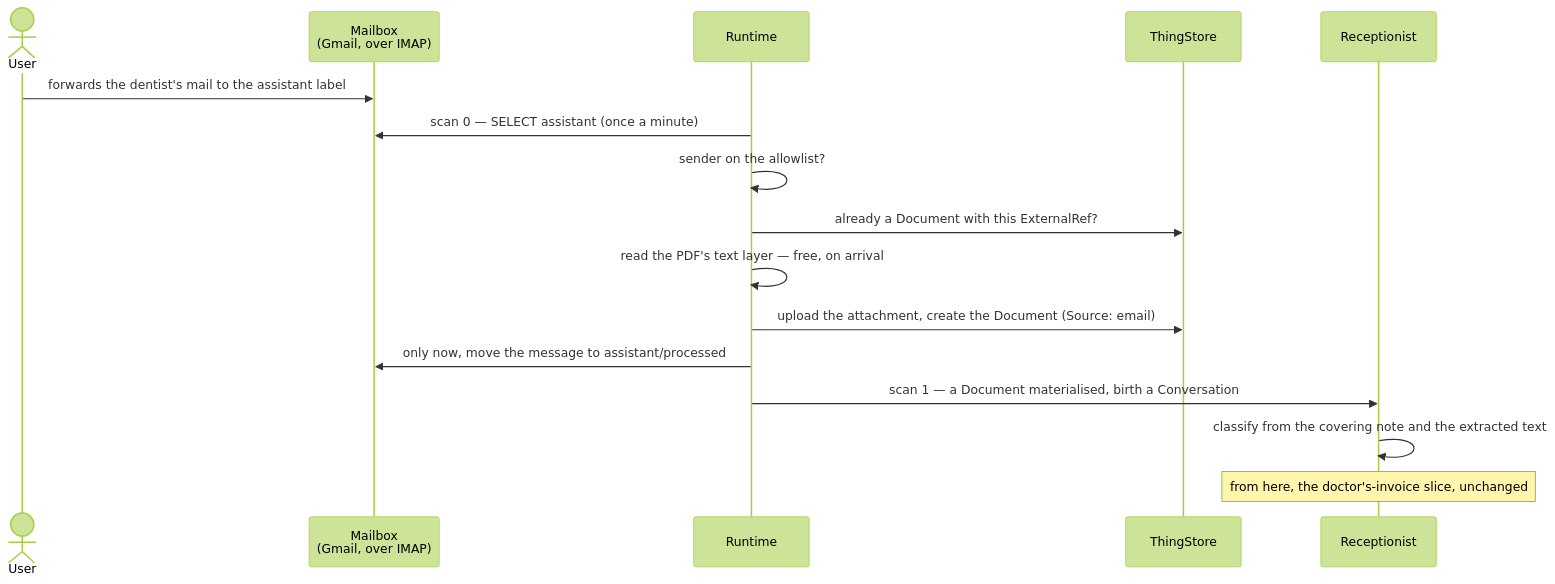
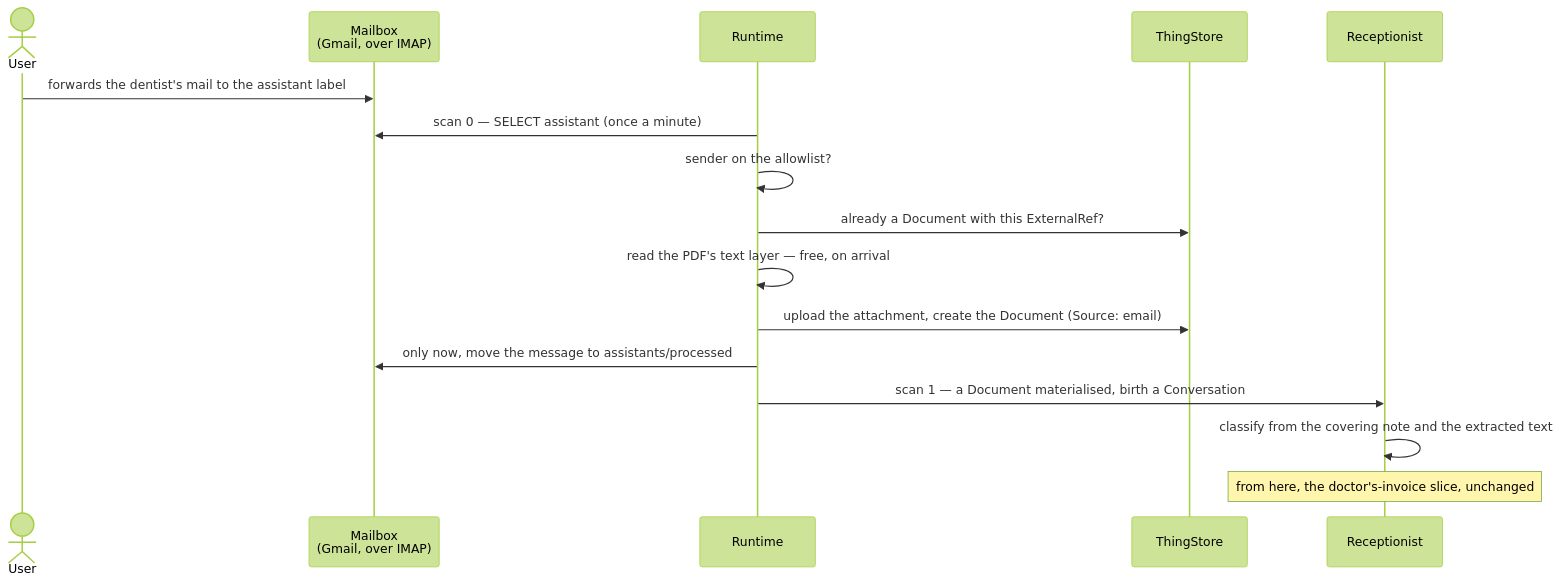
Before and after one commit to tillg/assistants: the second of 5 diagrams in specs/system/functional.md, drawn with Mermaid (forest theme). The commit also changed other lines of this file and 10 other files, not shown here.

````diff
--- a/specs/system/functional.md
+++ b/specs/system/functional.md
@@ -290,19 +290,19 @@
 ```mermaid
 sequenceDiagram
     actor U as User
     participant MB as Mailbox<br/>(Gmail, over IMAP)
     participant RT as Runtime
     participant TS as ThingStore
     participant R as Receptionist
 
     U->>MB: forwards the dentist's mail to the assistant label
     RT->>MB: scan 0 — SELECT assistant (once a minute)
     RT->>RT: sender on the allowlist?
     RT->>TS: already a Document with this ExternalRef?
     RT->>RT: read the PDF's text layer — free, on arrival
     RT->>TS: upload the attachment, create the Document (Source: email)
-    RT->>MB: only now, move the message to assistant/processed
+    RT->>MB: only now, move the message to assistants/processed
     RT->>R: scan 1 — a Document materialised, birth a Conversation
     R->>R: classify from the covering note and the extracted text
     Note over R: from here, the doctor's-invoice slice, unchanged
 ```
````
